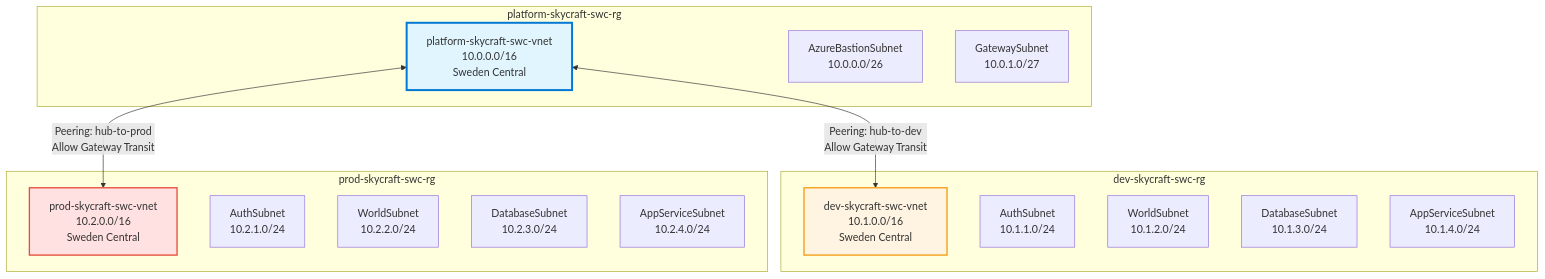
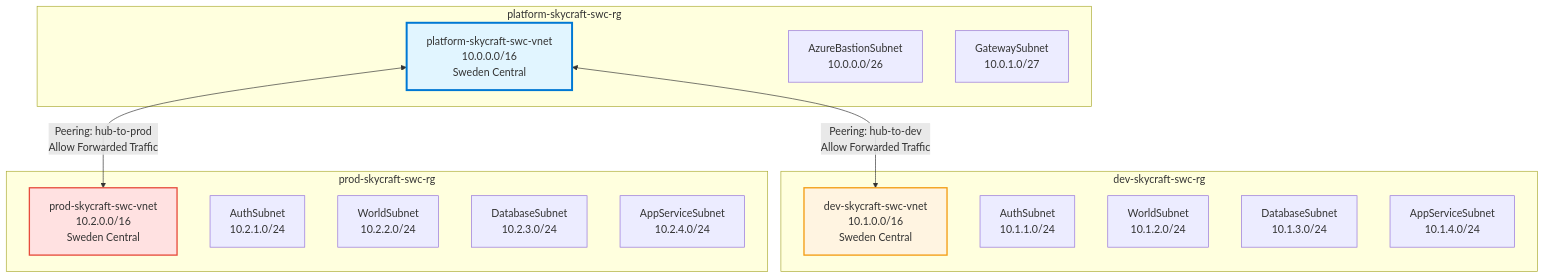
Before and after one commit to mbiszczanik/skycraft: the diagram in module-2-networking/2.1-virtual-networks/lab-guide-2.1.md, drawn with Mermaid. The commit also changed other lines of this file and 28 other files, not shown here.

````diff
--- a/module-2-networking/2.1-virtual-networks/lab-guide-2.1.md
+++ b/module-2-networking/2.1-virtual-networks/lab-guide-2.1.md
@@ -20,31 +20,31 @@
 ```mermaid
 graph TB
     subgraph "platform-skycraft-swc-rg"
         HubVNet[platform-skycraft-swc-vnet<br/>10.0.0.0/16<br/>Sweden Central]
         BastionSubnet[AzureBastionSubnet<br/>10.0.0.0/26]
         GatewaySubnet[GatewaySubnet<br/>10.0.1.0/27]
     end
 
     subgraph "dev-skycraft-swc-rg"
         DevVNet[dev-skycraft-swc-vnet<br/>10.1.0.0/16<br/>Sweden Central]
         DevAuth[AuthSubnet<br/>10.1.1.0/24]
         DevWorld[WorldSubnet<br/>10.1.2.0/24]
         DevDB[DatabaseSubnet<br/>10.1.3.0/24]
         DevApp[AppServiceSubnet<br/>10.1.4.0/24]
     end
 
     subgraph "prod-skycraft-swc-rg"
         ProdVNet[prod-skycraft-swc-vnet<br/>10.2.0.0/16<br/>Sweden Central]
         ProdAuth[AuthSubnet<br/>10.2.1.0/24]
         ProdWorld[WorldSubnet<br/>10.2.2.0/24]
         ProdDB[DatabaseSubnet<br/>10.2.3.0/24]
         ProdApp[AppServiceSubnet<br/>10.2.4.0/24]
     end
 
-    HubVNet <-->|Peering: hub-to-dev<br/>Allow Gateway Transit| DevVNet
-    HubVNet <-->|Peering: hub-to-prod<br/>Allow Gateway Transit| ProdVNet
+    HubVNet <-->|Peering: hub-to-dev<br/>Allow Forwarded Traffic| DevVNet
+    HubVNet <-->|Peering: hub-to-prod<br/>Allow Forwarded Traffic| ProdVNet
 
     style HubVNet fill:#e1f5ff,stroke:#0078d4,stroke-width:3px
     style DevVNet fill:#fff4e1,stroke:#f39c12,stroke-width:2px
     style ProdVNet fill:#ffe1e1,stroke:#e74c3c,stroke-width:2px
 ```
````
